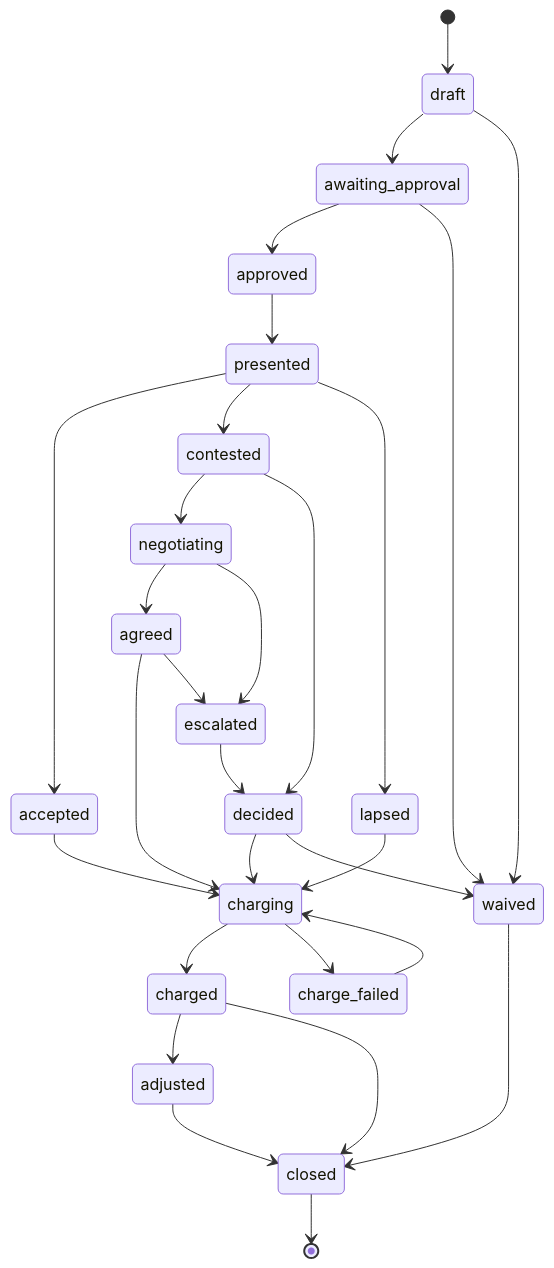
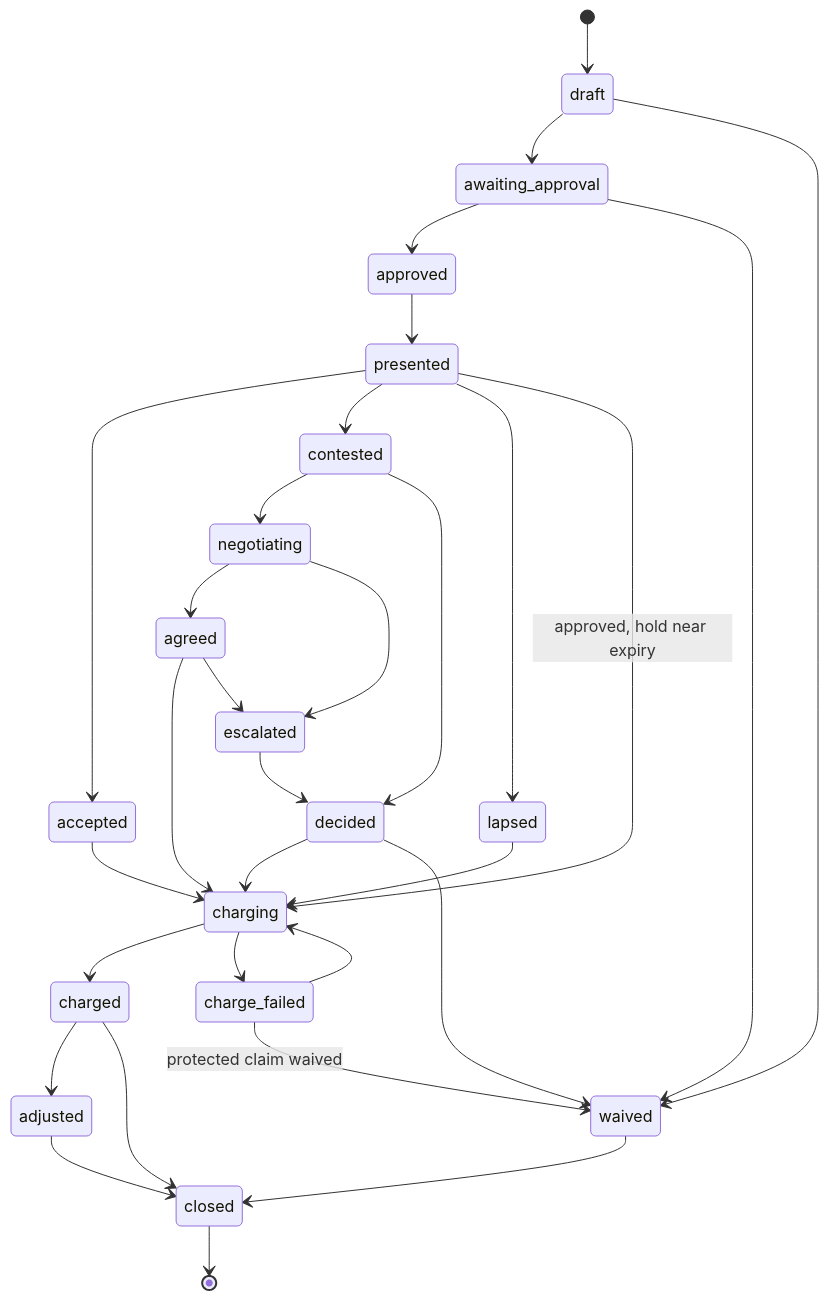
One commit to rogerjeasy/hold changed the sixth of 16 diagrams in docs/architecture.md. Above: the diagram before and after it, drawn with Mermaid. The commit also changed other lines of this file and 137 other files, not shown here.

````diff
--- a/docs/architecture.md
+++ b/docs/architecture.md
@@ -442,31 +444,33 @@
 ```mermaid
 stateDiagram-v2
     [*] --> draft
     draft --> awaiting_approval
     draft --> waived
     awaiting_approval --> approved
     awaiting_approval --> waived
     approved --> presented
     presented --> accepted
     presented --> contested
     presented --> lapsed
+    presented --> charging: approved, hold near expiry
     contested --> negotiating
     contested --> decided
     negotiating --> agreed
     negotiating --> escalated
     agreed --> charging
     agreed --> escalated
     escalated --> decided
     accepted --> charging
     lapsed --> charging
     decided --> charging
     decided --> waived
     charging --> charged
     charging --> charge_failed
     charge_failed --> charging
+    charge_failed --> waived: protected claim waived
     charged --> adjusted
     charged --> closed
     adjusted --> closed
     waived --> closed
     closed --> [*]
 ```
````
